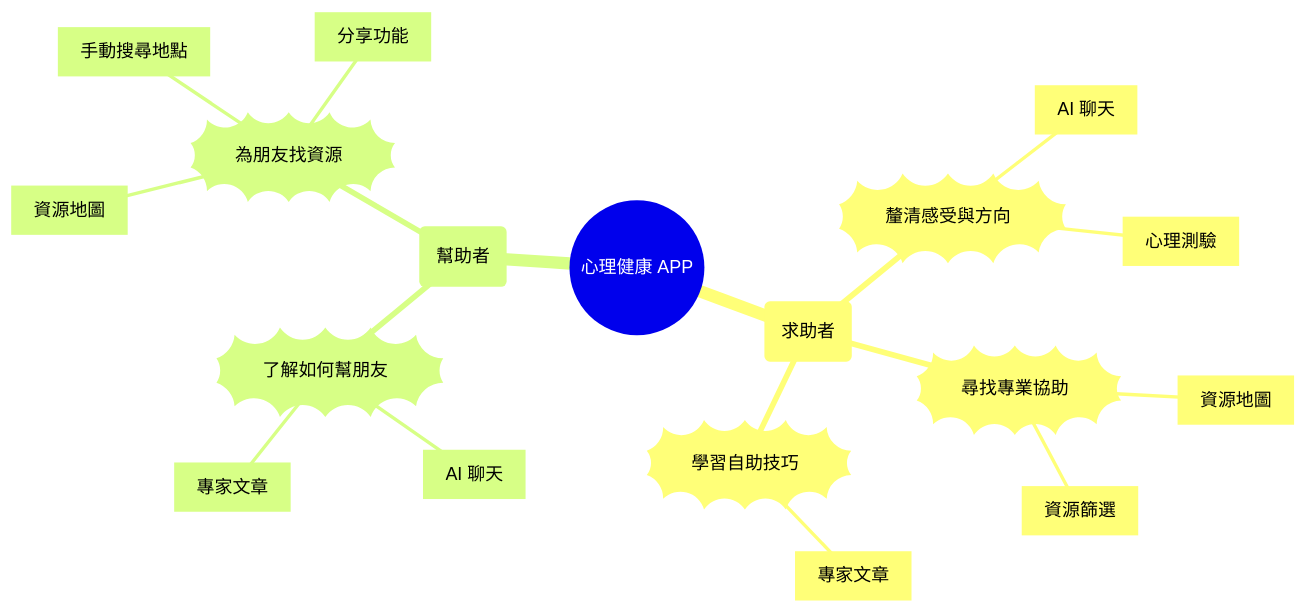
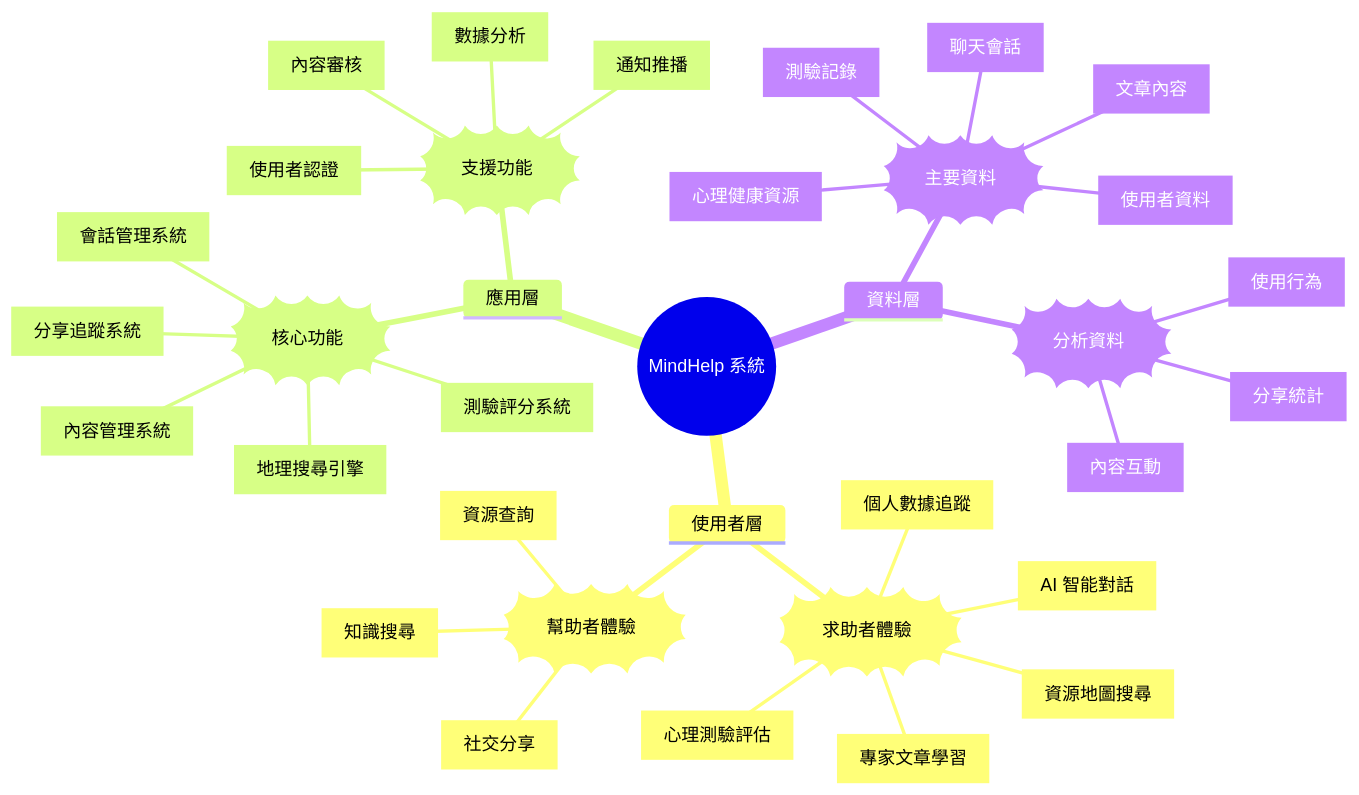
One commit to estateangela/mindhelp changed the second of 2 diagrams in readme.md. Above: the diagram before and after it, drawn with Mermaid. The commit also changed other lines of this file and 1 other file, not shown here.

````diff
--- a/readme.md
+++ b/readme.md
@@ -38,21 +117,38 @@
 ```mermaid
 mindmap
-  root((心理健康 APP))
-    小陳 (求助者)
-      ))釐清感受與方向((
-        [AI 聊天]
-        [心理測驗]
-      ))尋找專業協助((
-        [資源地圖]
-        [資源篩選]
-      ))學習自助技巧((
-        [專家文章]
-    王小姐 (幫助者)
-      ))了解如何幫朋友((
-        [AI 聊天]
-        [專家文章]
-      ))為朋友找資源((
-        [資源地圖]
-        [手動搜尋地點]
-        [分享功能]
+  root((MindHelp 系統))
+    使用者層
+      ))求助者體驗((
+        [AI 智能對話]
+        [資源地圖搜尋] 
+        [心理測驗評估]
+        [專家文章學習]
+        [個人數據追蹤]
+      ))幫助者體驗((
+        [知識搜尋]
+        [資源查詢]
+        [社交分享]
+    應用層
+      ))核心功能((
+        [會話管理系統]
+        [地理搜尋引擎]
+        [測驗評分系統]
+        [內容管理系統]
+        [分享追蹤系統]
+      ))支援功能((
+        [使用者認證]
+        [通知推播]
+        [數據分析]
+        [內容審核]
+    資料層
+      ))主要資料((
+        [使用者資料]
+        [聊天會話]
+        [心理健康資源]
+        [測驗記錄]
+        [文章內容]
+      ))分析資料((
+        [分享統計]
+        [使用行為]
+        [內容互動]
 ```
````
